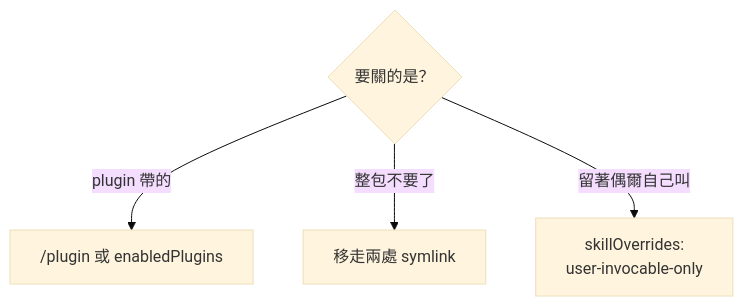
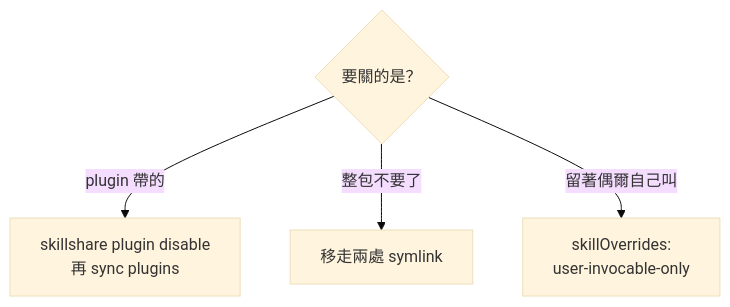
One commit to henry5720/agent-config changed the second of 2 diagrams in docs/skills/README.md. Above: the diagram before and after it, drawn with Mermaid (base theme). The commit also changed other lines of this file and 1 other file, not shown here.

First line of the commit message:
plugin 改由 skillshare plugin 管

````diff
--- a/docs/skills/README.md
+++ b/docs/skills/README.md
@@ -91,7 +91,7 @@
 ```mermaid
 flowchart TD
   Q{"要關的是？"}
-  Q -- "plugin 帶的" --> P["/plugin 或 enabledPlugins"]
+  Q -- "plugin 帶的" --> P["skillshare plugin disable<br/>再 sync plugins"]
   Q -- "整包不要了" --> M["移走兩處 symlink"]
   Q -- "留著偶爾自己叫" --> O["skillOverrides:<br/>user-invocable-only"]
 ```
````
